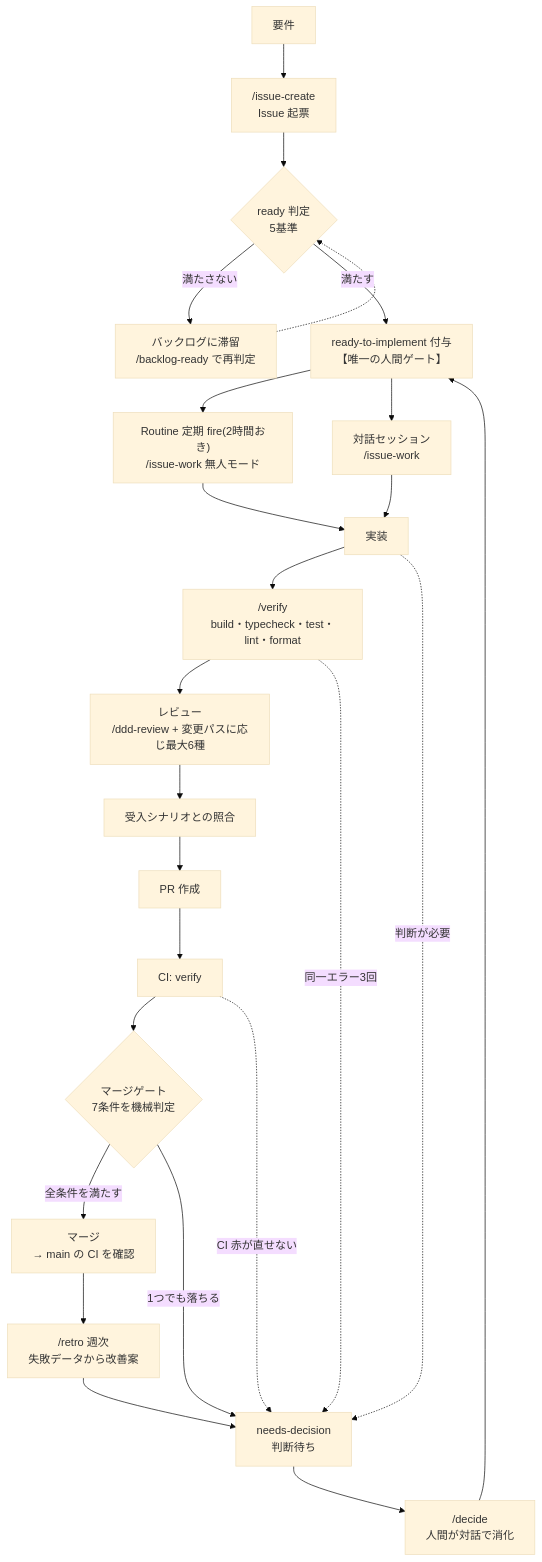
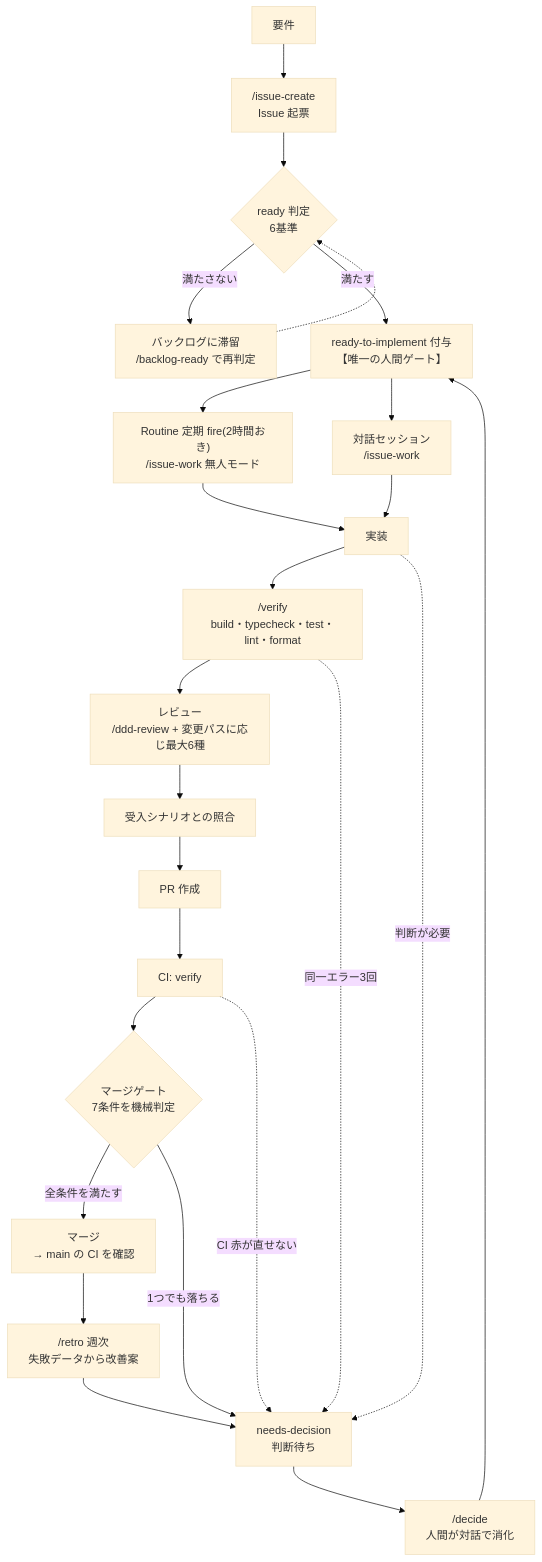
One commit to koki-ishikawa-aforce/IshikawaFinanceApp changed the diagram in docs/workflow/README.md. Above: the diagram before and after it, drawn with Mermaid (base theme). The commit also changed 5 other files, not shown here.

````diff
--- a/docs/workflow/README.md
+++ b/docs/workflow/README.md
@@ -52,27 +52,27 @@
 ```mermaid
 flowchart TD
     A["要件"] --> B["/issue-create<br/>Issue 起票"]
-    B --> C{"ready 判定<br/>5基準"}
+    B --> C{"ready 判定<br/>6基準"}
     C -->|"満たさない"| E["バックログに滞留<br/>/backlog-ready で再判定"]
     C -->|"満たす"| D["ready-to-implement 付与<br/>【唯一の人間ゲート】"]
     E -.-> C
     D --> F["Routine 定期 fire(2時間おき)<br/>/issue-work 無人モード"]
     D --> G["対話セッション<br/>/issue-work"]
     F --> H["実装"]
     G --> H
     H --> I["/verify<br/>build・typecheck・test・lint・format"]
     I --> J["レビュー<br/>/ddd-review + 変更パスに応じ最大6種"]
     J --> K["受入シナリオとの照合"]
     K --> L["PR 作成"]
     L --> M["CI: verify"]
     M --> N{"マージゲート<br/>7条件を機械判定"}
     N -->|"全条件を満たす"| O["マージ<br/>→ main の CI を確認"]
     N -->|"1つでも落ちる"| P["needs-decision<br/>判断待ち"]
     H -.->|"判断が必要"| P
     I -.->|"同一エラー3回"| P
     M -.->|"CI 赤が直せない"| P
     P --> Q["/decide<br/>人間が対話で消化"]
     Q --> D
     O --> R["/retro 週次<br/>失敗データから改善案"]
     R --> P
 ```
````
